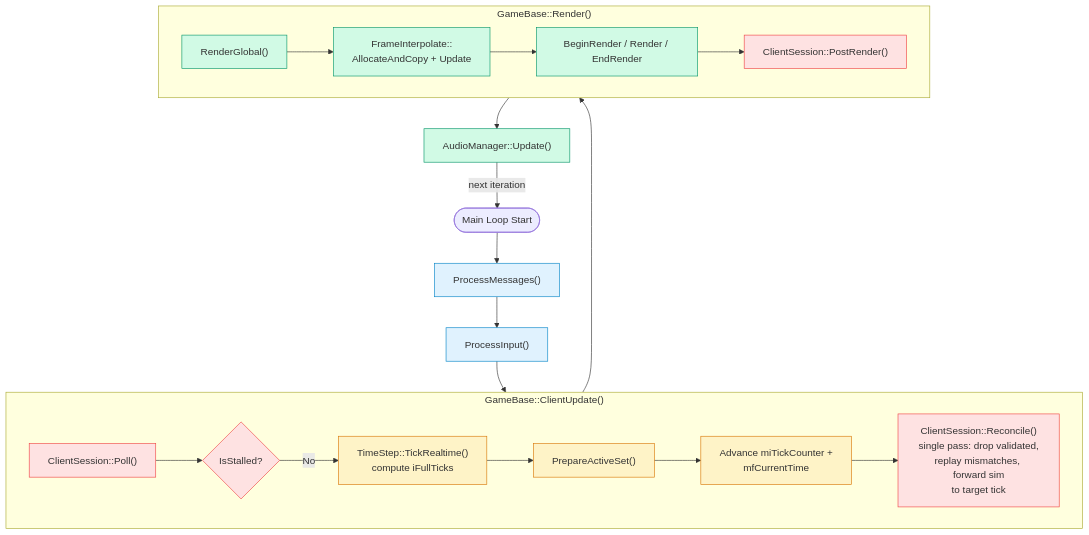
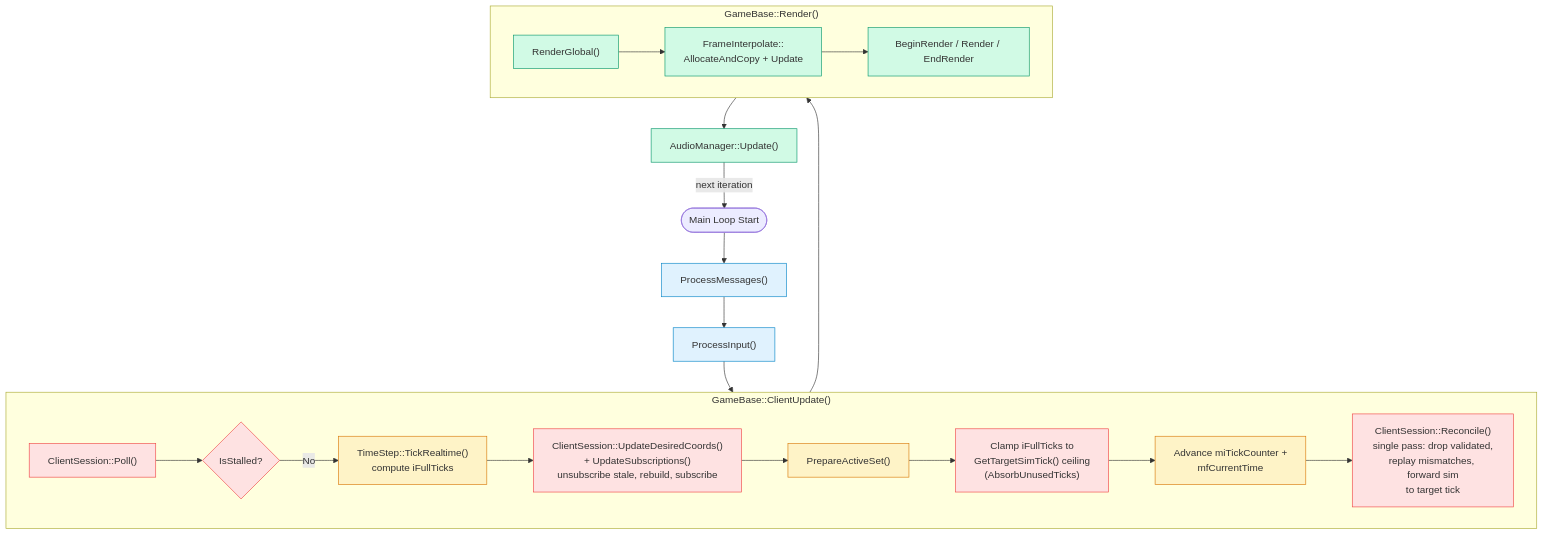
One commit to DougTanner/BrokenEnginePublic changed the second of 5 diagrams in Documents/Architecture/FrameUpdatePipeline.md. Above: the diagram before and after it, drawn with Mermaid. The commit also changed other lines of this file and 166 other files, not shown here.

````diff
--- a/Documents/Architecture/FrameUpdatePipeline.md
+++ b/Documents/Architecture/FrameUpdatePipeline.md
@@ -54,43 +54,43 @@
 ```mermaid
 %%{init: {'theme': 'default'}}%%
 flowchart TD
     classDef input fill:#e0f2fe,stroke:#0284c7
     classDef physics fill:#fef3c7,stroke:#d97706
     classDef network fill:#fee2e2,stroke:#ef4444
     classDef render fill:#d1fae5,stroke:#059669
 
     start(["Main Loop Start"])
 
     msgs["ProcessMessages()"]:::input
 
     preupdate["ProcessInput()"]:::input
 
     subgraph tick_frames ["GameBase::ClientUpdate()"]
         poll["ClientSession::Poll()"]:::network
         stall_check{"IsStalled?"}:::network
         poll --> stall_check
 
         ts["TimeStep::TickRealtime()<br/>compute iFullTicks"]:::physics
+        subs["ClientSession::UpdateDesiredCoords()<br/>+ UpdateSubscriptions()<br/>unsubscribe stale, rebuild, subscribe"]:::network
         prepare_active["PrepareActiveSet()"]:::physics
+        clamp["Clamp iFullTicks to<br/>GetTargetSimTick() ceiling<br/>(AbsorbUnusedTicks)"]:::network
         advance["Advance miTickCounter +<br/>mfCurrentTime"]:::physics
         reconcile["ClientSession::Reconcile()<br/>single pass: drop validated,<br/>replay mismatches, forward sim<br/>to target tick"]:::network
 
-        stall_check -->|No| ts --> prepare_active --> advance --> reconcile
+        stall_check -->|No| ts --> subs --> prepare_active --> clamp --> advance --> reconcile
     end
 
     subgraph render_method ["GameBase::Render()"]
         r_global["RenderGlobal()"]:::render
         r_interp["FrameInterpolate::<br/>AllocateAndCopy + Update"]:::render
         r_render["BeginRender / Render / EndRender"]:::render
 
-        post_render["ClientSession::PostRender()"]:::network
-
-        r_global --> r_interp --> r_render --> post_render
+        r_global --> r_interp --> r_render
     end
 
     audio["AudioManager::Update()"]:::render
 
     start --> msgs --> preupdate --> tick_frames
     tick_frames --> render_method --> audio
     audio -->|next iteration| start
 ```
````
